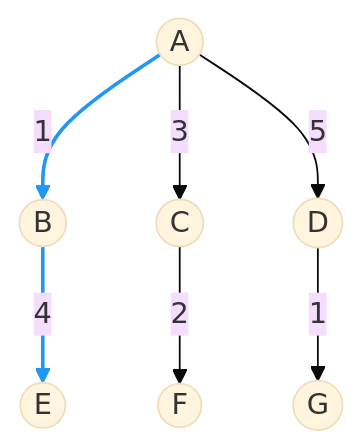
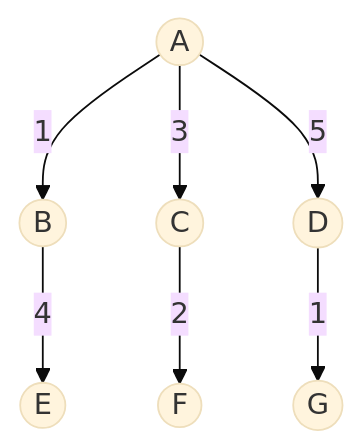
The sixth of 12 diagrams in bab-04-pencarian.md (antonprafanto/dasarAI2026), drawn with Mermaid (base theme) before and after one commit. The commit also changed other lines of this file and 2 other files, not shown here.

Commit message:
Fix: Remove linkStyle commands that cause Mermaid render errors

````diff
--- a/bab-04-pencarian.md
+++ b/bab-04-pencarian.md
@@ -288,13 +279,10 @@
 ```mermaid
 graph TD
     A((A)) --1--> B((B))
     A --3--> C((C))
     A --5--> D((D))
 
     B --4--> E((E))
     C --2--> F((F))
     D --1--> G((G))
-
-    linkStyle 0 stroke:#2196f3,stroke-width:2px;
-    linkStyle 3 stroke:#2196f3,stroke-width:2px;
 ```
````
